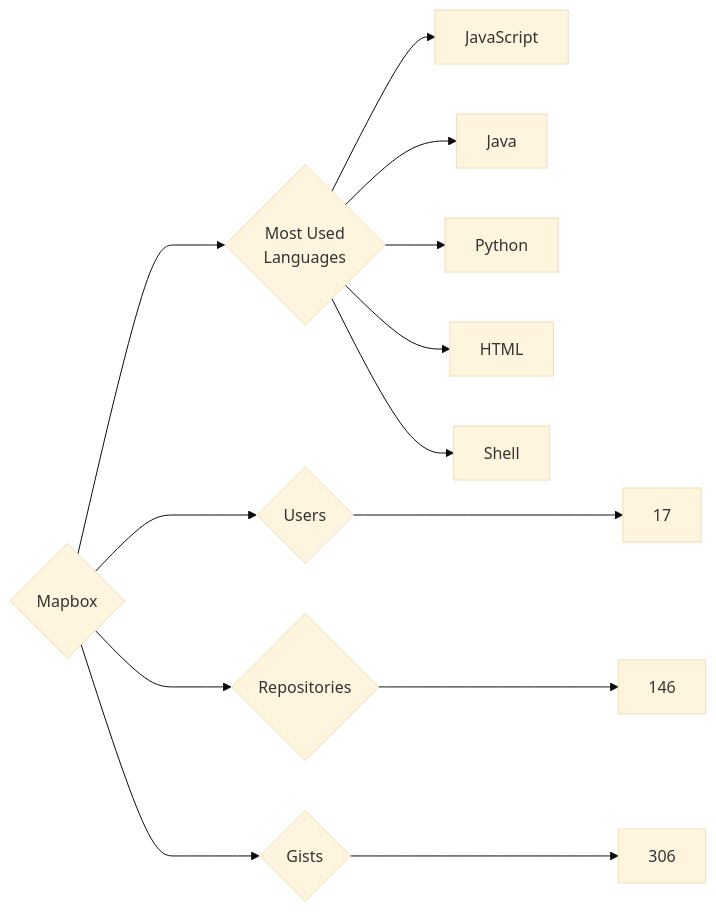
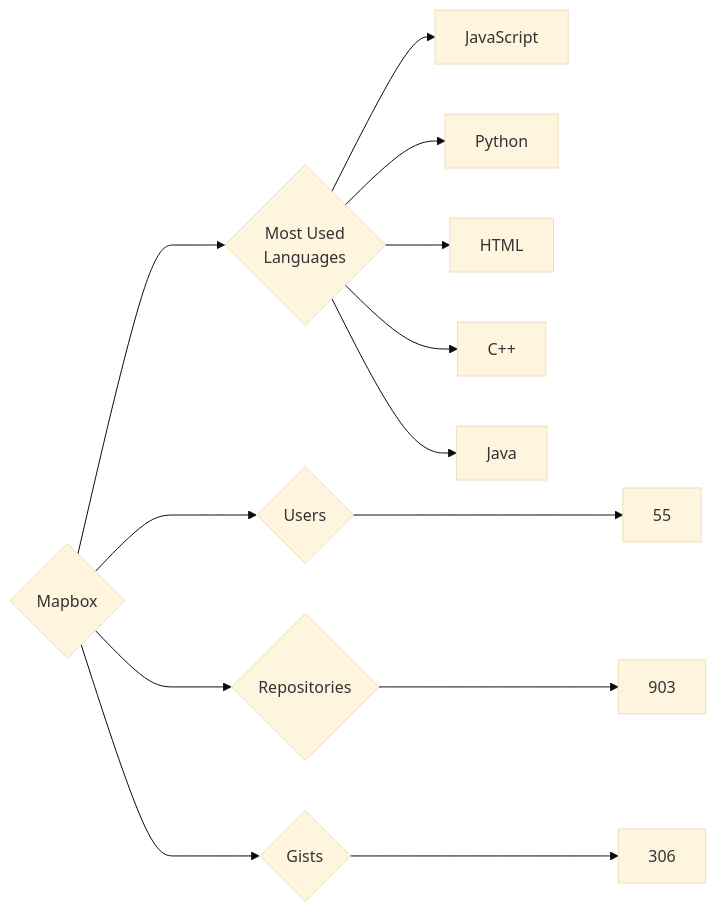
The diagram in targets/Mapbox/README.md (trickest/insiders), drawn with Mermaid (base theme) before and after one commit. The commit also changed 934 other files, not shown here.

````diff
--- a/targets/Mapbox/README.md
+++ b/targets/Mapbox/README.md
@@ -3,13 +3,13 @@
 ```mermaid
 graph LR
 COMPANY_NAME{Mapbox}
-COMPANY_NAME ---> U{Users} ---> UN[17]
-COMPANY_NAME ---> R{Repositories} ---> RN[146]
+COMPANY_NAME ---> U{Users} ---> UN[55]
+COMPANY_NAME ---> R{Repositories} ---> RN[903]
 COMPANY_NAME ---> G{Gists} ---> GN[306]
 COMPANY_NAME ---> ML{Most Used<br>Languages}
 ML --> JavaScript[JavaScript]
-ML --> Java[Java]
 ML --> Python[Python]
 ML --> HTML[HTML]
-ML --> Shell[Shell]
+ML --> C++[C++]
+ML --> Java[Java]
 ```
````
